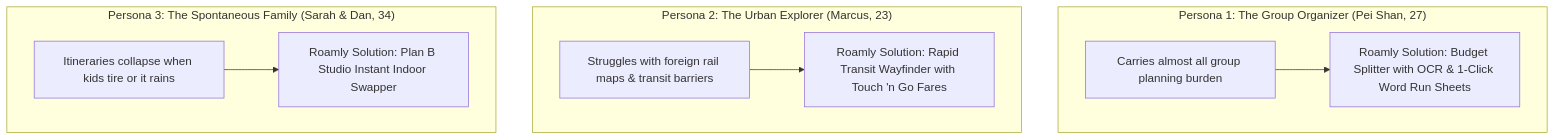
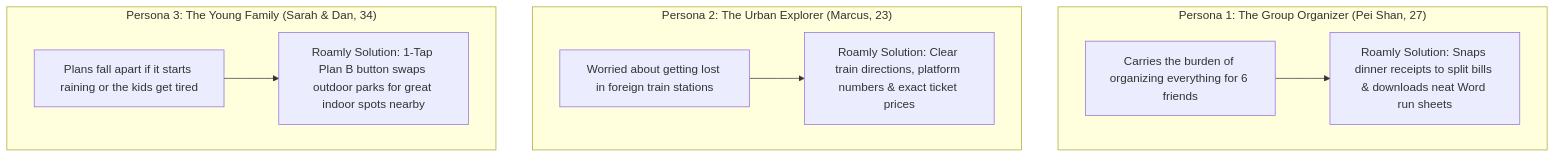
One commit to sharonxinn/Plan_Trip changed diagram 14 of 15 in README.md. Above: the diagram before and after it, drawn with Mermaid. The commit also changed other lines of this file and 21 other files, not shown here.

````diff
--- a/README.md
+++ b/README.md
@@ -882,12 +993,12 @@
 ```mermaid
 graph TD
     subgraph P1 ["Persona 1: The Group Organizer (Pei Shan, 27)"]
-        A1["Carries almost all group planning burden"] --> S1["Roamly Solution: Budget Splitter with OCR & 1-Click Word Run Sheets"]
+        A1["Carries the burden of organizing everything for 6 friends"] --> S1["Roamly Solution: Snaps dinner receipts to split bills & downloads neat Word run sheets"]
     end
     subgraph P2 ["Persona 2: The Urban Explorer (Marcus, 23)"]
-        A2["Struggles with foreign rail maps & transit barriers"] --> S2["Roamly Solution: Rapid Transit Wayfinder with Touch 'n Go Fares"]
+        A2["Worried about getting lost in foreign train stations"] --> S2["Roamly Solution: Clear train directions, platform numbers & exact ticket prices"]
     end
-    subgraph P3 ["Persona 3: The Spontaneous Family (Sarah & Dan, 34)"]
-        A3["Itineraries collapse when kids tire or it rains"] --> S3["Roamly Solution: Plan B Studio Instant Indoor Swapper"]
+    subgraph P3 ["Persona 3: The Young Family (Sarah & Dan, 34)"]
+        A3["Plans fall apart if it starts raining or the kids get tired"] --> S3["Roamly Solution: 1-Tap Plan B button swaps outdoor parks for great indoor spots nearby"]
     end
 ```
````
